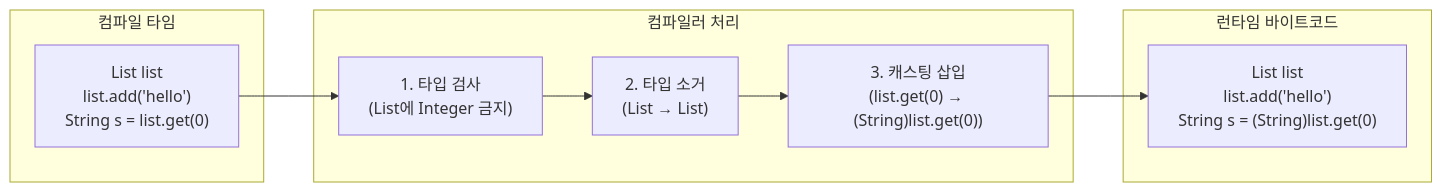
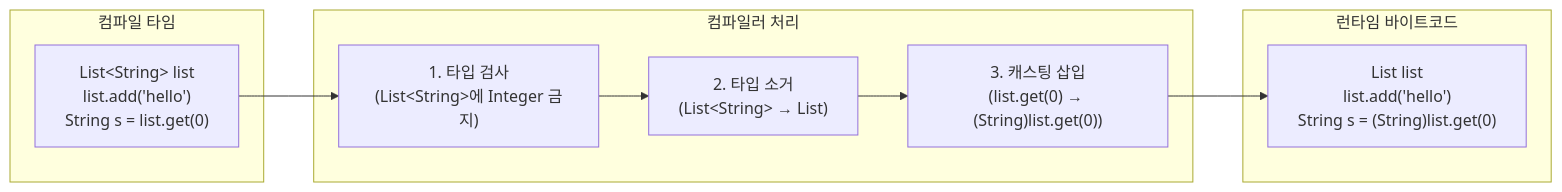
Before and after one commit to yjkim2015/yjkim2015.github.io: the diagram in _posts/java/2026-05-01-java-generics.md, drawn with Mermaid. The commit also changed 92 other files, not shown here.

First line of the commit message:
Major quality rewrite: 98 files, Mermaid fix, extreme-scenario component

````diff
--- a/_posts/java/2026-05-01-java-generics.md
+++ b/_posts/java/2026-05-01-java-generics.md
@@ -639,15 +639,15 @@
-<div class="mermaid">
+```mermaid
 graph LR
   subgraph "컴파일 타임"
     SRC["List&lt;String&gt; list\nlist.add('hello')\nString s = list.get(0)"]
   end
   subgraph "컴파일러 처리"
     CHECK["1. 타입 검사\n(List&lt;String&gt;에 Integer 금지)"]
     ERASE["2. 타입 소거\n(List&lt;String&gt; → List)"]
     CAST["3. 캐스팅 삽입\n(list.get(0) → (String)list.get(0))"]
   end
   subgraph "런타임 바이트코드"
     BC["List list\nlist.add('hello')\nString s = (String)list.get(0)"]
   end
   SRC --> CHECK --> ERASE --> CAST --> BC
-</div>
+```
````
